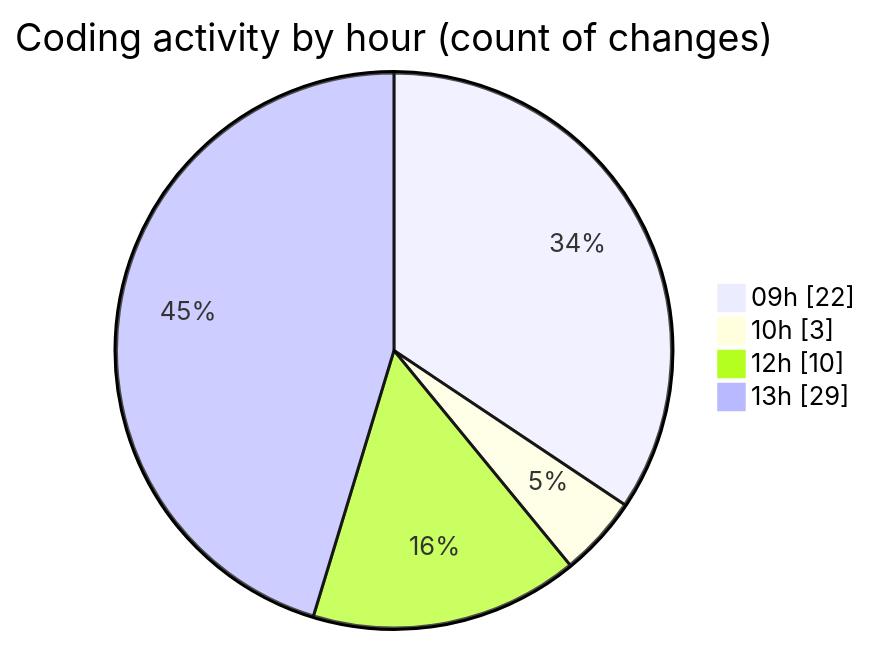
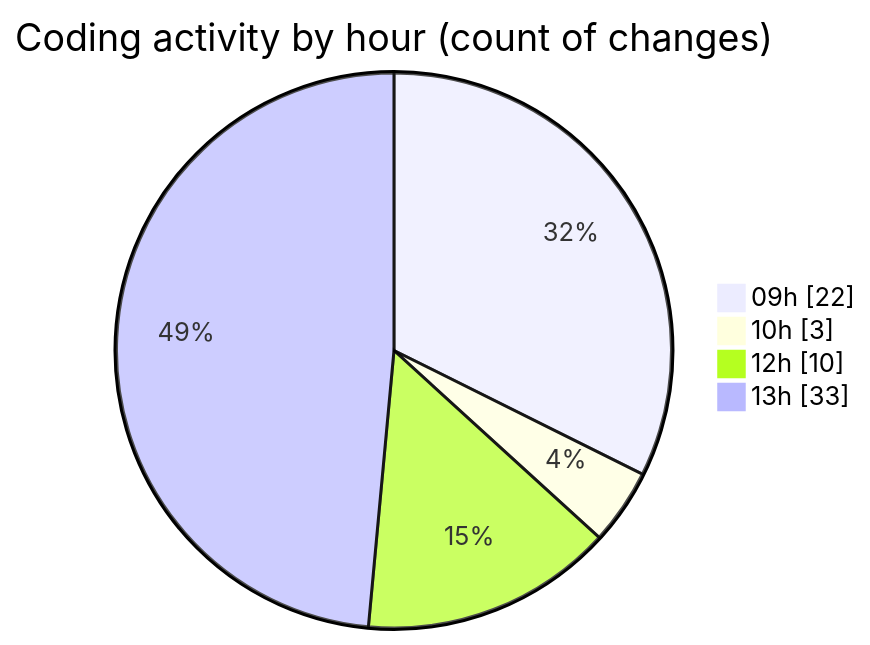
The second of 2 diagrams in 2025-06-27/cda/README.md (momahboobian/code-tracking), drawn with Mermaid before and after one commit. The commit also changed other lines of this file and 1 other file, not shown here.

````diff
--- a/2025-06-27/cda/README.md
+++ b/2025-06-27/cda/README.md
@@ -38,8 +38,8 @@
 ```mermaid
 pie showData
 title Coding activity by hour (count of changes)
 "09h" : 22
 "10h" : 3
 "12h" : 10
-"13h" : 29
+"13h" : 33
 ```
````
